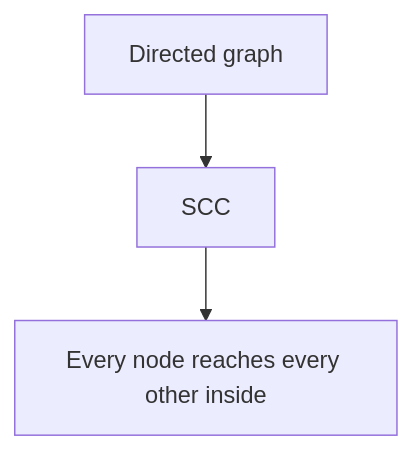
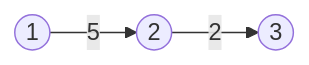
One commit to mthaiseer/springcloud-systemdesign-notes changed the sixth of 9 diagrams in CP_DSA_NOTES/001_TOPIC_WISE/007_GRAPH/007_GRAPH.md. Above: the diagram before and after it, drawn with Mermaid. The commit also changed other lines of this file and 1 other file, not shown here.

````diff
--- a/CP_DSA_NOTES/001_TOPIC_WISE/007_GRAPH/007_GRAPH.md
+++ b/CP_DSA_NOTES/001_TOPIC_WISE/007_GRAPH/007_GRAPH.md
@@ -296,5 +216,5 @@
 ```mermaid
-flowchart TD
-    A[Directed graph] --> B[SCC]
-    B --> C[Every node reaches every other inside]
+graph LR
+    A((1)) -- 5 --> B((2))
+    B -- 2 --> C((3))
 ```
````
